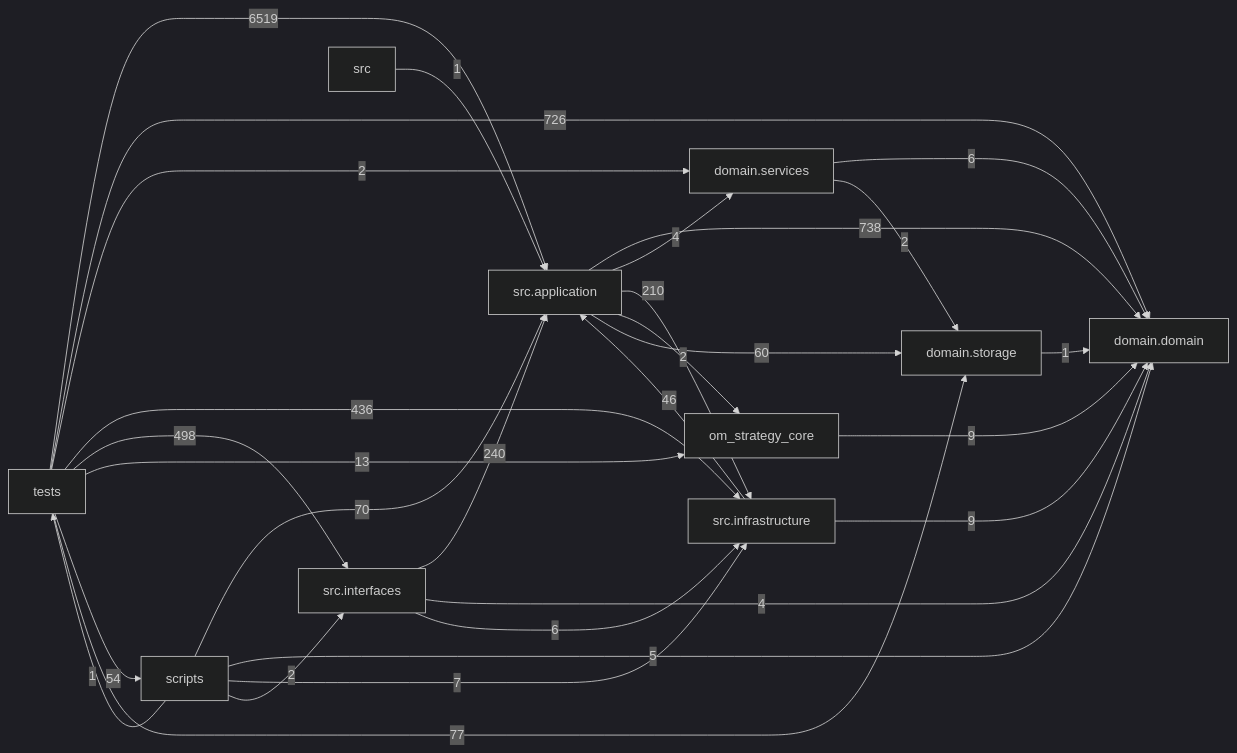
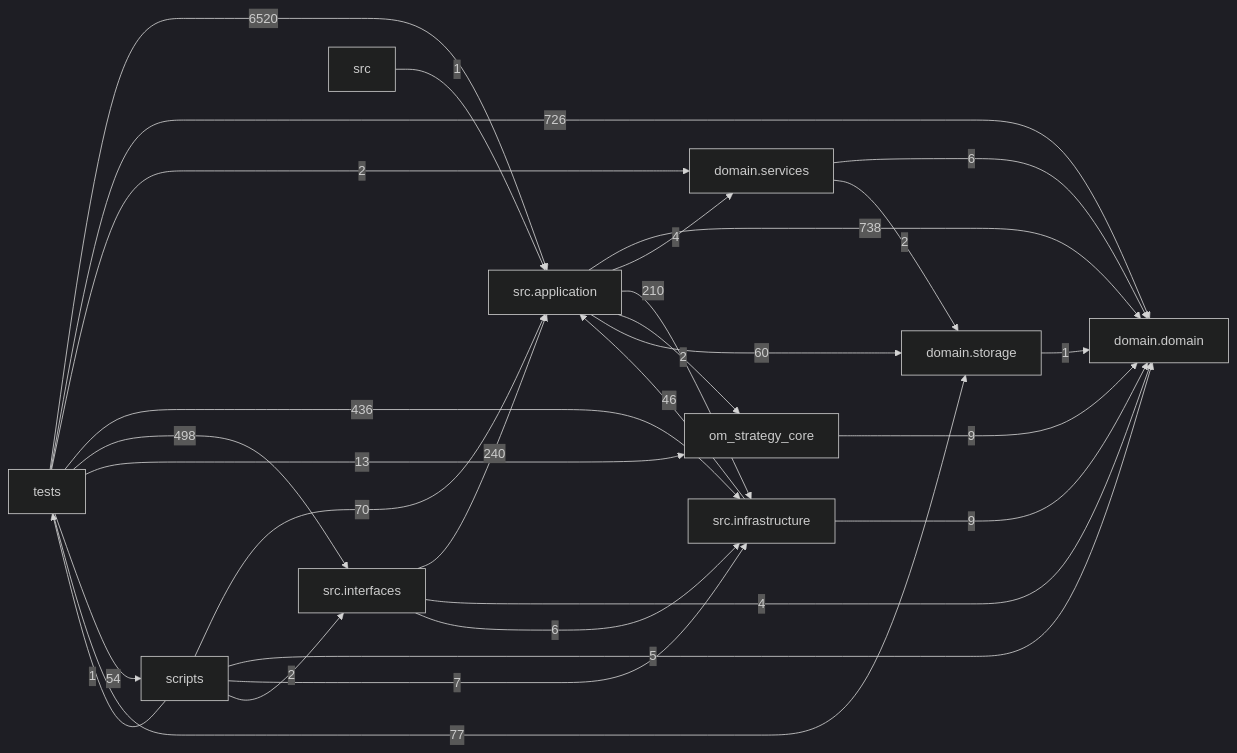
The diagram in docs/DEPENDENCY_GRAPH.md (liuxie066/options-monitor), drawn with Mermaid (dark theme) before and after one commit. The commit also changed other lines of this file and 4 other files, not shown here.

````diff
--- a/docs/DEPENDENCY_GRAPH.md
+++ b/docs/DEPENDENCY_GRAPH.md
@@ -24,39 +24,39 @@
 ```mermaid
 flowchart LR
   tests["tests"]
   scripts["scripts"]
   interfaces["src.interfaces"]
   application["src.application"]
   infrastructure["src.infrastructure"]
   domain_services["domain.services"]
   domain["domain.domain"]
   storage["domain.storage"]
   application -->|738| domain
   application -->|4| domain_services
   application -->|210| infrastructure
   application -->|2| om_strategy_core
   application -->|60| storage
   domain_services -->|6| domain
   domain_services -->|2| storage
   infrastructure -->|46| application
   infrastructure -->|9| domain
   interfaces -->|240| application
   interfaces -->|4| domain
   interfaces -->|6| infrastructure
   om_strategy_core -->|9| domain
   scripts -->|70| application
   scripts -->|5| domain
   scripts -->|7| infrastructure
   scripts -->|2| interfaces
   scripts -->|1| tests
   src -->|1| application
   storage -->|1| domain
-  tests -->|6519| application
+  tests -->|6520| application
   tests -->|726| domain
   tests -->|2| domain_services
   tests -->|436| infrastructure
   tests -->|498| interfaces
   tests -->|13| om_strategy_core
   tests -->|54| scripts
   tests -->|77| storage
 ```
````
